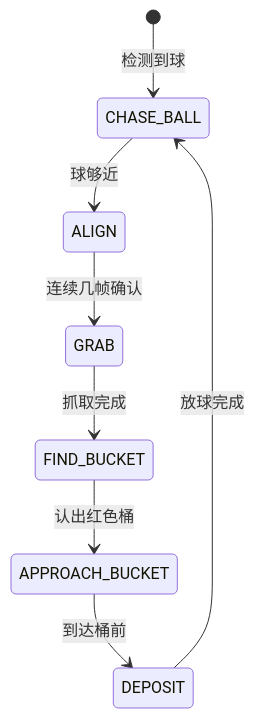
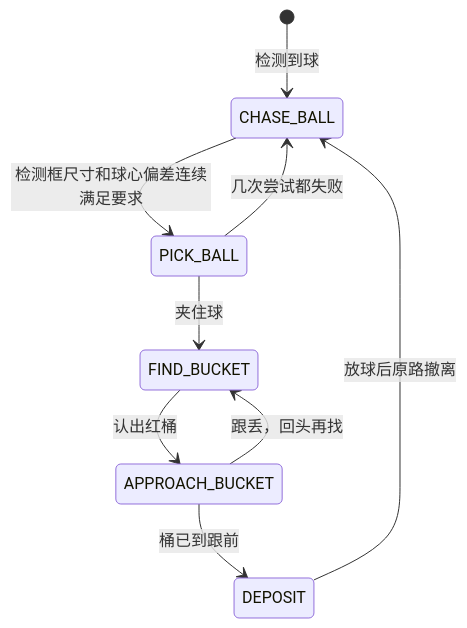
The diagram in docs/docs/runtime/proj4/getting-started.md (BattiestStone4/tgoskits), drawn with Mermaid before and after one commit. The commit also changed other lines of this file and 1 other file, not shown here.

````diff
--- a/docs/docs/runtime/proj4/getting-started.md
+++ b/docs/docs/runtime/proj4/getting-started.md
@@ -332,10 +366,11 @@
 ```mermaid
 stateDiagram-v2
     [*] --> CHASE_BALL: 检测到球
-    CHASE_BALL --> ALIGN: 球够近
-    ALIGN --> GRAB: 连续几帧确认
-    GRAB --> FIND_BUCKET: 抓取完成
-    FIND_BUCKET --> APPROACH_BUCKET: 认出红色桶
-    APPROACH_BUCKET --> DEPOSIT: 到达桶前
-    DEPOSIT --> CHASE_BALL: 放球完成
+    CHASE_BALL --> PICK_BALL: 检测框尺寸和球心偏差连续满足要求
+    PICK_BALL --> FIND_BUCKET: 夹住球
+    PICK_BALL --> CHASE_BALL: 几次尝试都失败
+    FIND_BUCKET --> APPROACH_BUCKET: 认出红桶
+    APPROACH_BUCKET --> FIND_BUCKET: 跟丢，回头再找
+    APPROACH_BUCKET --> DEPOSIT: 桶已到跟前
+    DEPOSIT --> CHASE_BALL: 放球后原路撤离
 ```
````
